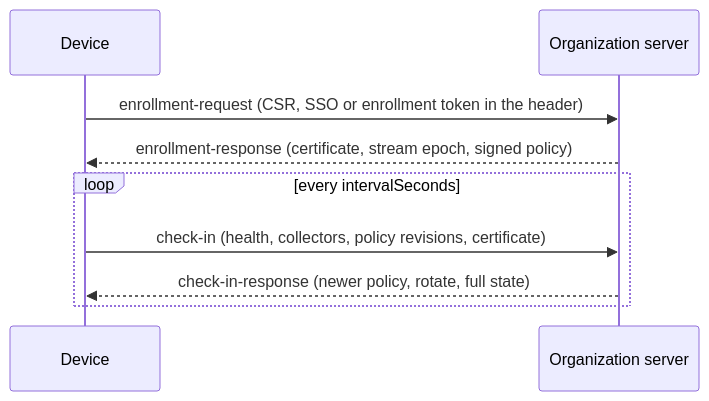
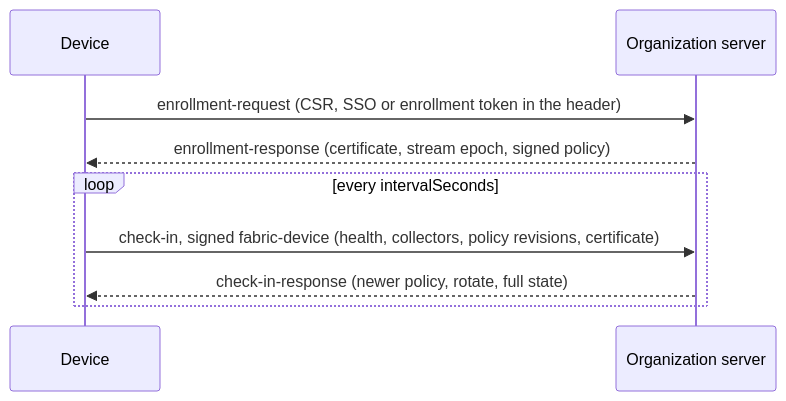
Before and after one commit to passioncode-ai/fabric-agent-contract: the diagram in docs/specification/devices.md, drawn with Mermaid. The commit also changed other lines of this file and 32 other files, not shown here.

````diff
--- a/docs/specification/devices.md
+++ b/docs/specification/devices.md
@@ -33,11 +34,11 @@
 ```mermaid
 sequenceDiagram
   participant D as Device
   participant S as Organization server
   D->>S: enrollment-request (CSR, SSO or enrollment token in the header)
   S-->>D: enrollment-response (certificate, stream epoch, signed policy)
   loop every intervalSeconds
-    D->>S: check-in (health, collectors, policy revisions, certificate)
+    D->>S: check-in, signed fabric-device (health, collectors, policy revisions, certificate)
     S-->>D: check-in-response (newer policy, rotate, full state)
   end
 ```
````
